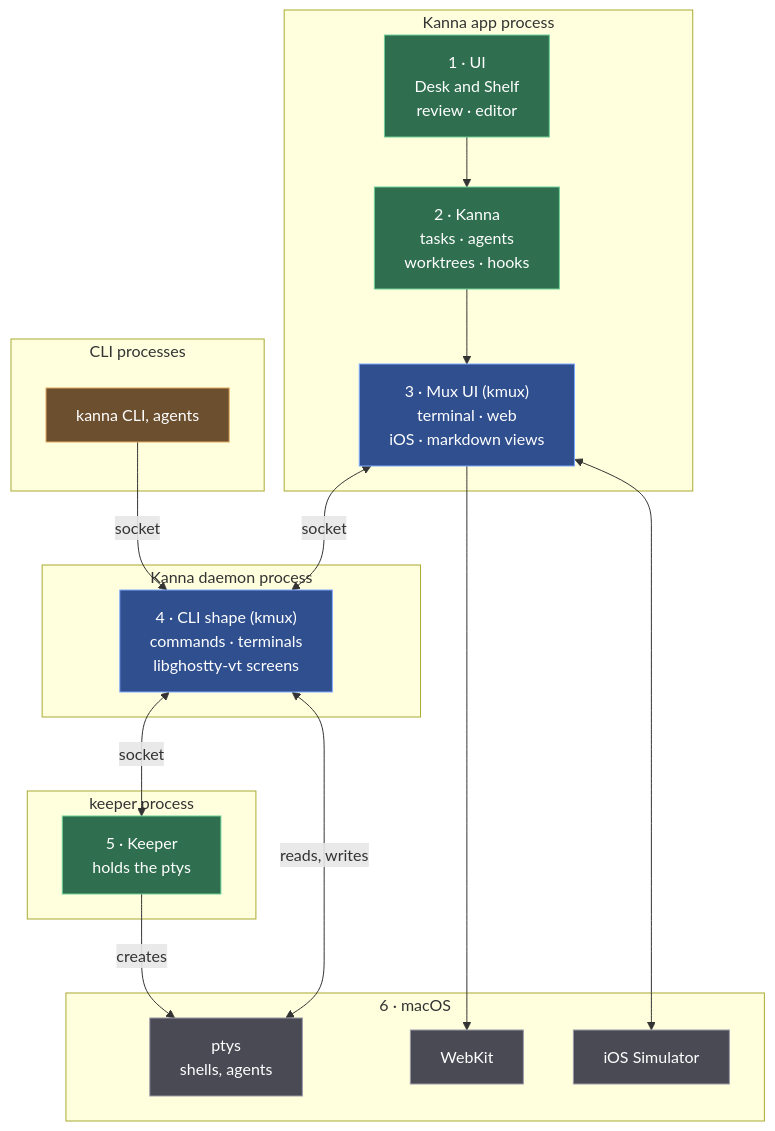
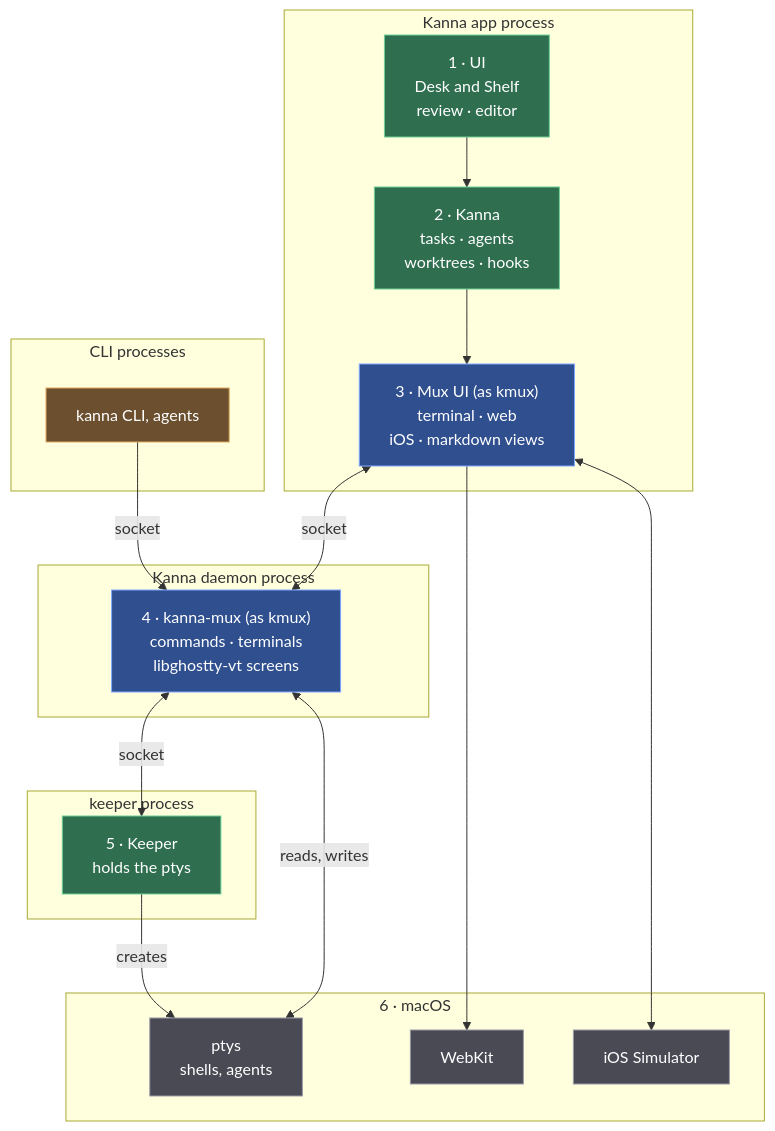
Before and after one commit to jemdiggity/kanna-v4: the first of 8 diagrams in docs/research/mux-architecture.md, drawn with Mermaid. The commit also changed other lines of this file and 1 other file, not shown here.

Commit message:
Mux plan: kmux stays as it is, the reference model; Kanna's mux core is its own (kanna-mux)

````diff
--- a/docs/research/mux-architecture.md
+++ b/docs/research/mux-architecture.md
@@ -46,39 +46,39 @@
 ```mermaid
 flowchart TB
     subgraph CLIP["CLI processes"]
         CLI["kanna CLI, agents"]
     end
     subgraph APP["Kanna app process"]
         L1["1 · UI<br/>Desk and Shelf<br/>review · editor"]
         L2["2 · Kanna<br/>tasks · agents<br/>worktrees · hooks"]
-        L3["3 · Mux UI (kmux)<br/>terminal · web<br/>iOS · markdown views"]
+        L3["3 · Mux UI (as kmux)<br/>terminal · web<br/>iOS · markdown views"]
         L1 --> L2 --> L3
     end
     subgraph DAEMON["Kanna daemon process"]
-        L4["4 · CLI shape (kmux)<br/>commands · terminals<br/>libghostty-vt screens"]
+        L4["4 · kanna-mux (as kmux)<br/>commands · terminals<br/>libghostty-vt screens"]
     end
     subgraph KEEPER["keeper process"]
         L5["5 · Keeper<br/>holds the ptys"]
     end
     subgraph OS["6 · macOS"]
         PTY["ptys<br/>shells, agents"]
         WK["WebKit"]
         SIM["iOS Simulator"]
     end
     CLI -->|"socket"| L4
     L3 <-->|"socket"| L4
     L4 <-->|"socket"| L5
     L5 -->|"creates"| PTY
     L4 <-->|"reads, writes"| PTY
     L3 --> WK
     L3 <--> SIM
     classDef kanna fill:#2f6f4f,stroke:#6fcf97,color:#ffffff
     classDef kmux fill:#2f4f8f,stroke:#7fa7ff,color:#ffffff
     classDef kmuxapp fill:#4f3f7f,stroke:#b39cff,color:#ffffff
     classDef os fill:#4a4a55,stroke:#9a9aa8,color:#ffffff
     classDef ext fill:#6b4f2f,stroke:#e0a960,color:#ffffff
     class L1,L2,L5 kanna
     class L3,L4 kmux
     class PTY,WK,SIM os
     class CLI ext
 ```
````
